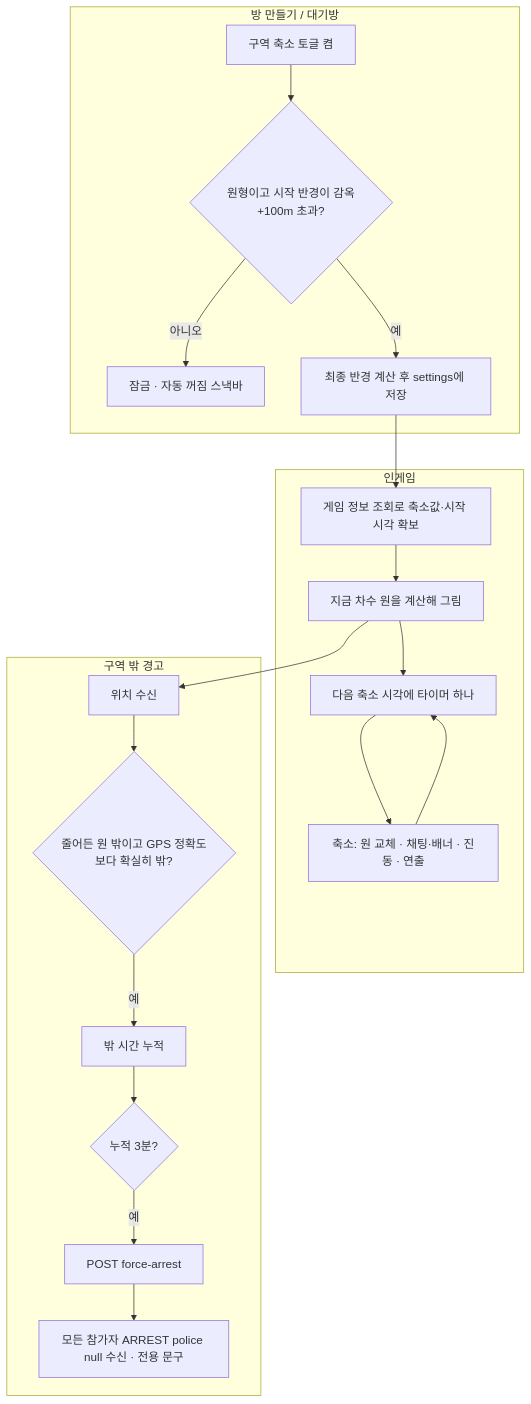
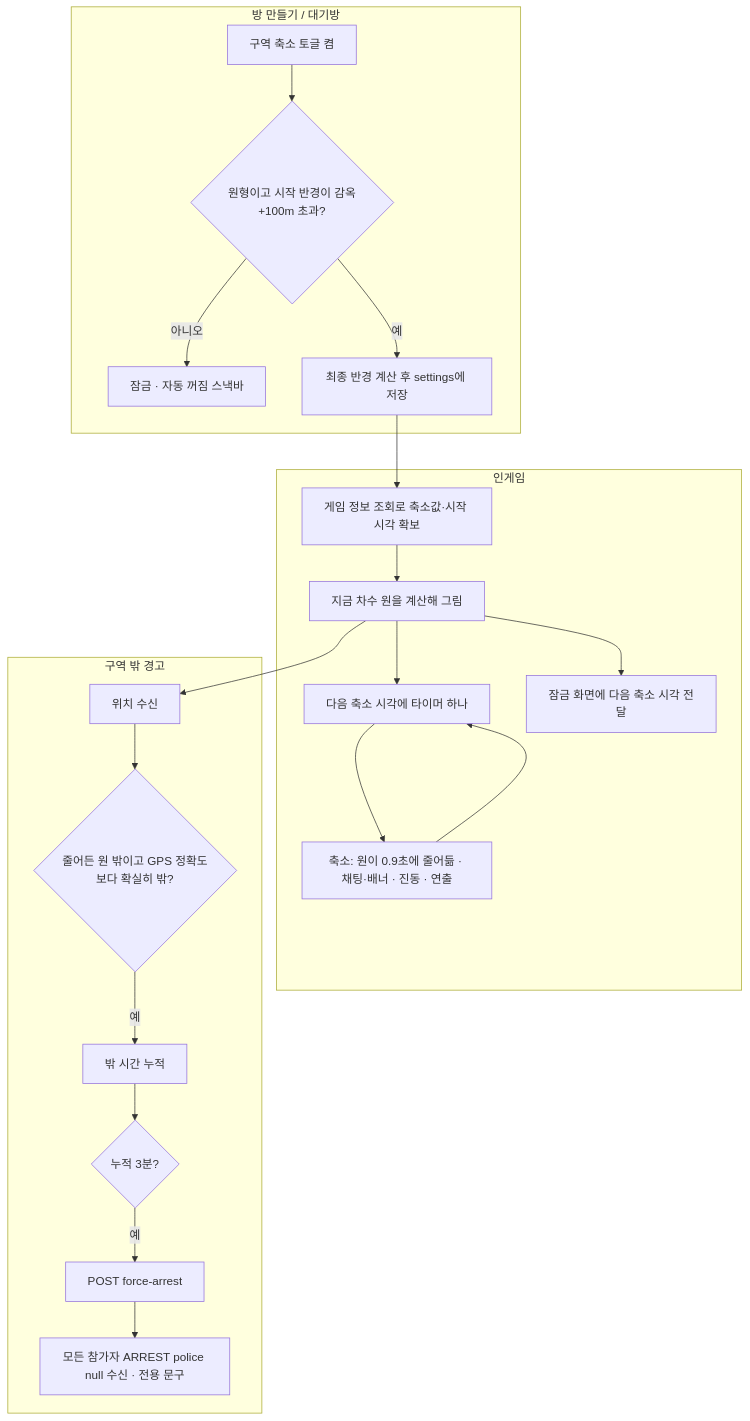
The diagram in docs/projectops/report/20261108_668_구역_축소.md (cops-and-robbers/cops-and-robbers-FE), drawn with Mermaid before and after one commit. The commit also changed other lines of this file, not shown here.

````diff
--- a/docs/projectops/report/20261108_668_구역_축소.md
+++ b/docs/projectops/report/20261108_668_구역_축소.md
@@ -12,23 +12,24 @@
 ```mermaid
 flowchart TD
     subgraph SETUP["방 만들기 / 대기방"]
         A1[구역 축소 토글 켬] --> A2{원형이고 시작 반경이 감옥+100m 초과?}
         A2 -- 아니오 --> A3[잠금 · 자동 꺼짐 스낵바]
         A2 -- 예 --> A4[최종 반경 계산 후 settings에 저장]
     end
     subgraph PLAY["인게임"]
         B1[게임 정보 조회로 축소값·시작 시각 확보] --> B2[지금 차수 원을 계산해 그림]
         B2 --> B3[다음 축소 시각에 타이머 하나]
-        B3 --> B4[축소: 원 교체 · 채팅·배너 · 진동 · 연출]
+        B3 --> B4[축소: 원이 0.9초에 줄어듦 · 채팅·배너 · 진동 · 연출]
         B4 --> B3
+        B2 --> B5[잠금 화면에 다음 축소 시각 전달]
     end
     subgraph WARN["구역 밖 경고"]
         C1[위치 수신] --> C2{줄어든 원 밖이고 GPS 정확도보다 확실히 밖?}
         C2 -- 예 --> C3[밖 시간 누적]
         C3 --> C4{누적 3분?}
         C4 -- 예 --> C5[POST force-arrest]
         C5 --> C6[모든 참가자 ARREST police null 수신 · 전용 문구]
     end
     A4 --> B1
     B2 --> C1
 ```
````
